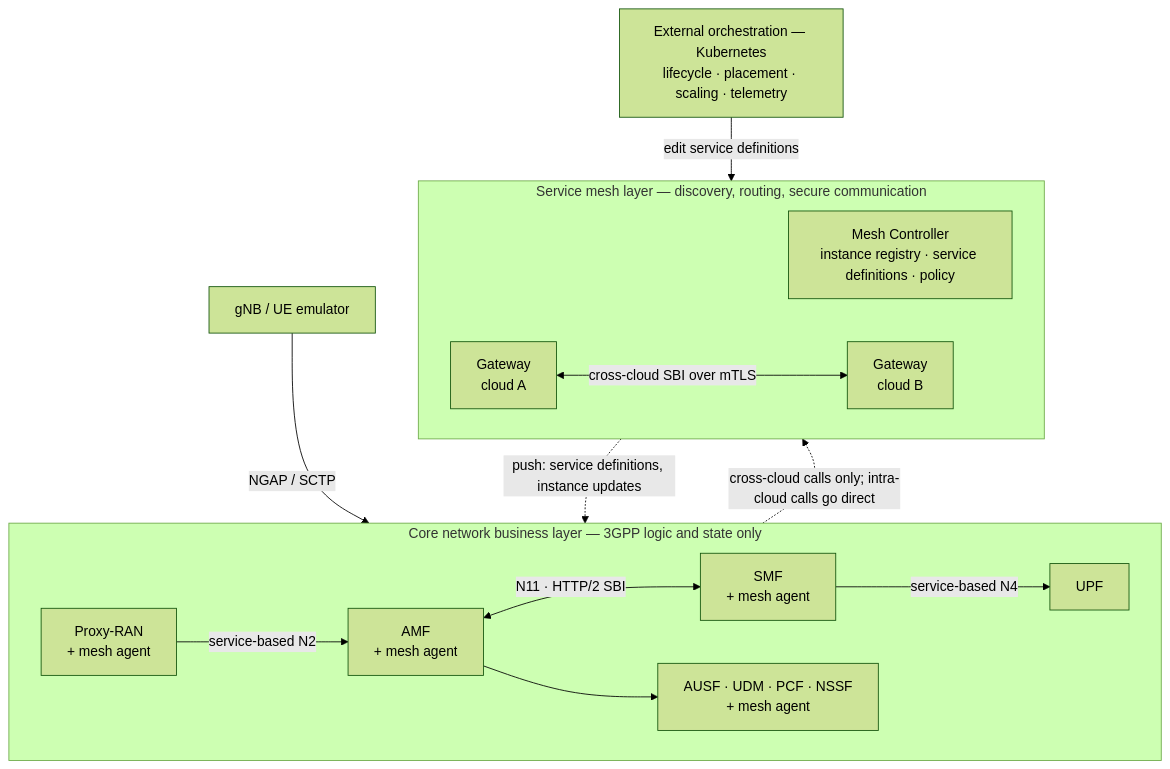
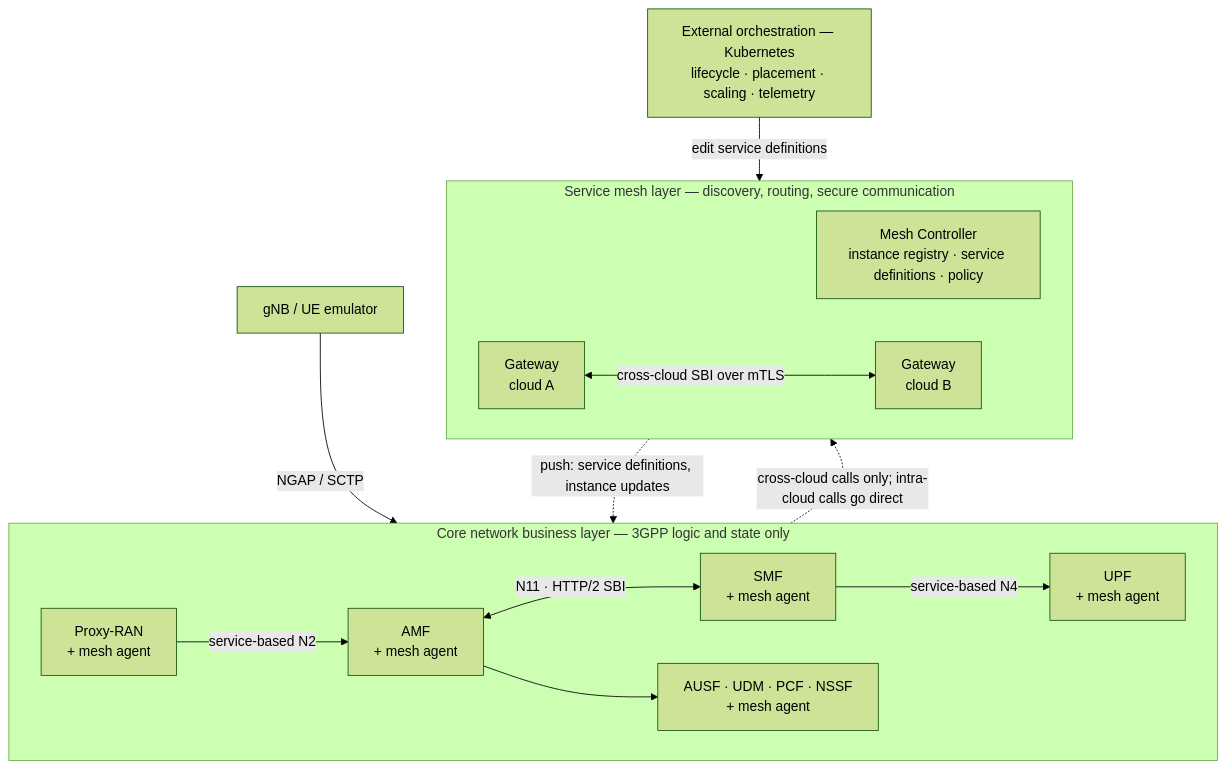
The diagram in README.md (etri/volantis), drawn with Mermaid (forest theme) before and after one commit. The commit also changed other lines of this file and 1 other file, not shown here.

````diff
--- a/README.md
+++ b/README.md
@@ -42,33 +42,33 @@
 ```mermaid
 flowchart TB
   RAN["gNB / UE emulator"]
 
   subgraph BIZ["Core network business layer — 3GPP logic and state only"]
     direction LR
     PR["Proxy-RAN<br/>+ mesh agent"]
     AMF["AMF<br/>+ mesh agent"]
     SMF["SMF<br/>+ mesh agent"]
     SH["AUSF · UDM · PCF · NSSF<br/>+ mesh agent"]
-    UPF["UPF"]
+    UPF["UPF<br/>+ mesh agent"]
   end
 
   subgraph MESH["Service mesh layer — discovery, routing, secure communication"]
     direction LR
     CTRL["Mesh Controller<br/>instance registry · service definitions · policy"]
     GWA["Gateway<br/>cloud A"]
     GWB["Gateway<br/>cloud B"]
   end
 
   ORCH["External orchestration — Kubernetes<br/>lifecycle · placement · scaling · telemetry"]
 
   RAN -->|"NGAP / SCTP"| PR
   PR -->|"service-based N2"| AMF
   AMF <-->|"N11 · HTTP/2 SBI"| SMF
   AMF --> SH
   SMF -->|"service-based N4"| UPF
 
   CTRL -. "push: service definitions, instance updates" .-> BIZ
   BIZ -. "cross-cloud calls only; intra-cloud calls go direct" .-> GWA
   GWA <-->|"cross-cloud SBI over mTLS"| GWB
   ORCH -->|"edit service definitions"| CTRL
 ```
````
